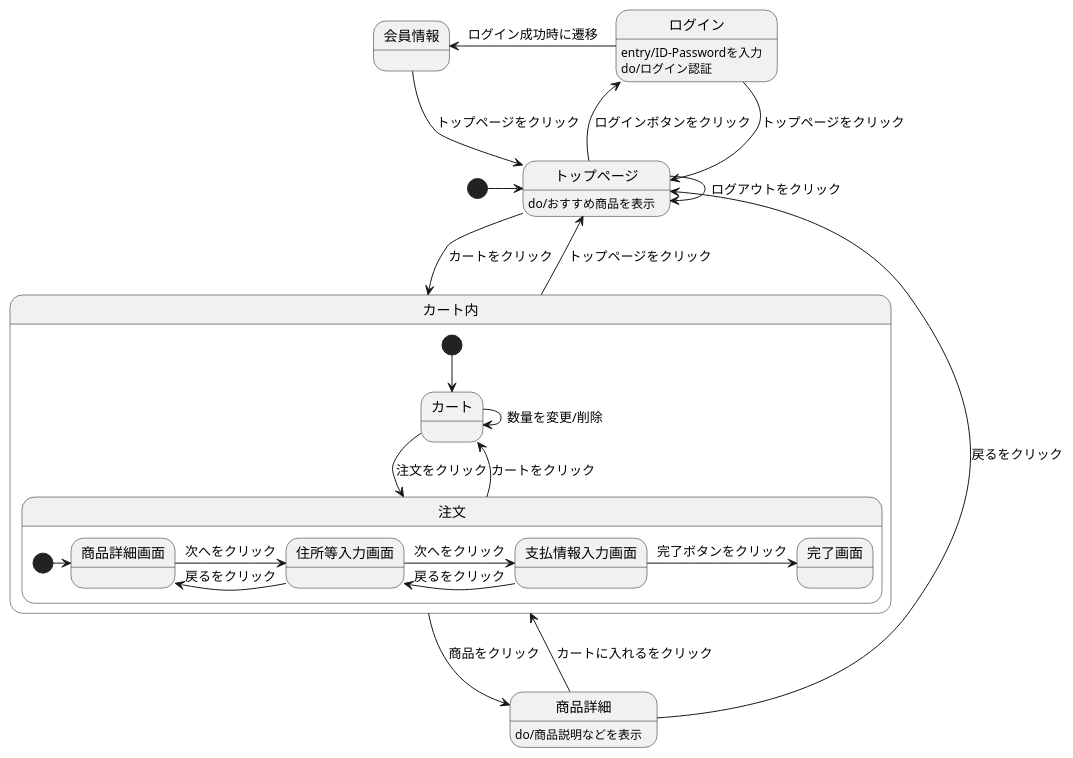
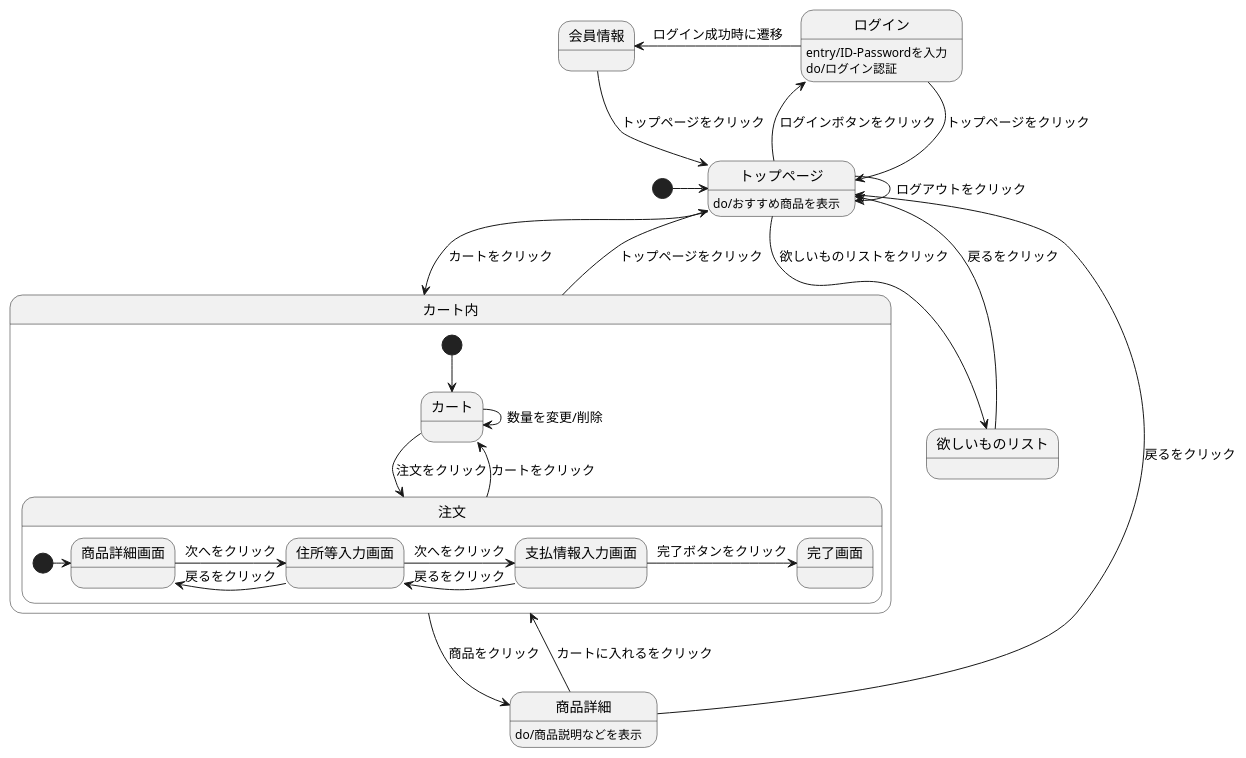
The diagram in orijinal.stw.md (Aso2101121/2021sys-design-2), drawn with PlantUML before and after one commit.

````diff
--- a/orijinal.stw.md
+++ b/orijinal.stw.md
@@ -1,34 +1,36 @@
 ```uml
 @startuml
 [*] -> トップページ
 トップページ : do/おすすめ商品を表示
 会員情報 --> トップページ : トップページをクリック
 ログイン --> トップページ : トップページをクリック
 トップページ --> トップページ : ログアウトをクリック
 トップページ -left-> ログイン : ログインボタンをクリック
 ログイン -left-> 会員情報 : ログイン成功時に遷移
 ログイン : entry/ID-Passwordを入力
 ログイン : do/ログイン認証
 トップページ --> カート内 : カートをクリック
 商品詳細 --> カート内 : カートに入れるをクリック
 商品詳細 --> トップページ : 戻るをクリック
 商品詳細 : do/商品説明などを表示
 カート内 -up-> トップページ : トップページをクリック
 カート内 -> 商品詳細 : 商品をクリック
+欲しいものリスト --> トップページ : 戻るをクリック
+トップページ -> 欲しいものリスト : 欲しいものリストをクリック
 
 state カート内{
  [*] --> カート
  カート -> 注文 : 注文をクリック
  カート -> カート : 数量を変更/削除
  注文 --> カート : カートをクリック
  state 注文{
   [*] -> 商品詳細画面
   商品詳細画面 -> 住所等入力画面 : 次へをクリック
   住所等入力画面 -> 商品詳細画面 : 戻るをクリック
   住所等入力画面 -> 支払情報入力画面 : 次へをクリック
   支払情報入力画面 -> 住所等入力画面 : 戻るをクリック
   支払情報入力画面 -> 完了画面 : 完了ボタンをクリック
  }
 }
 @enduml
 ```
````
